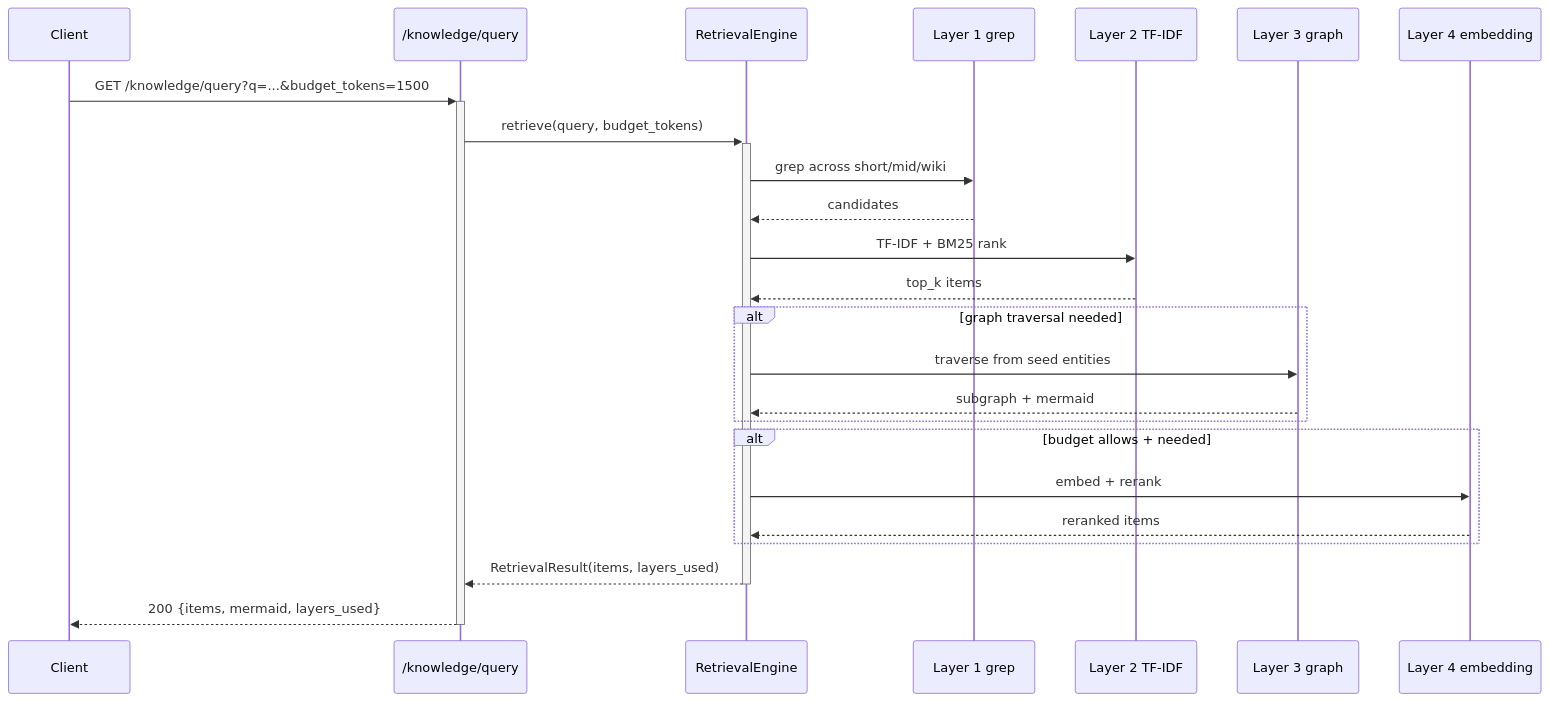
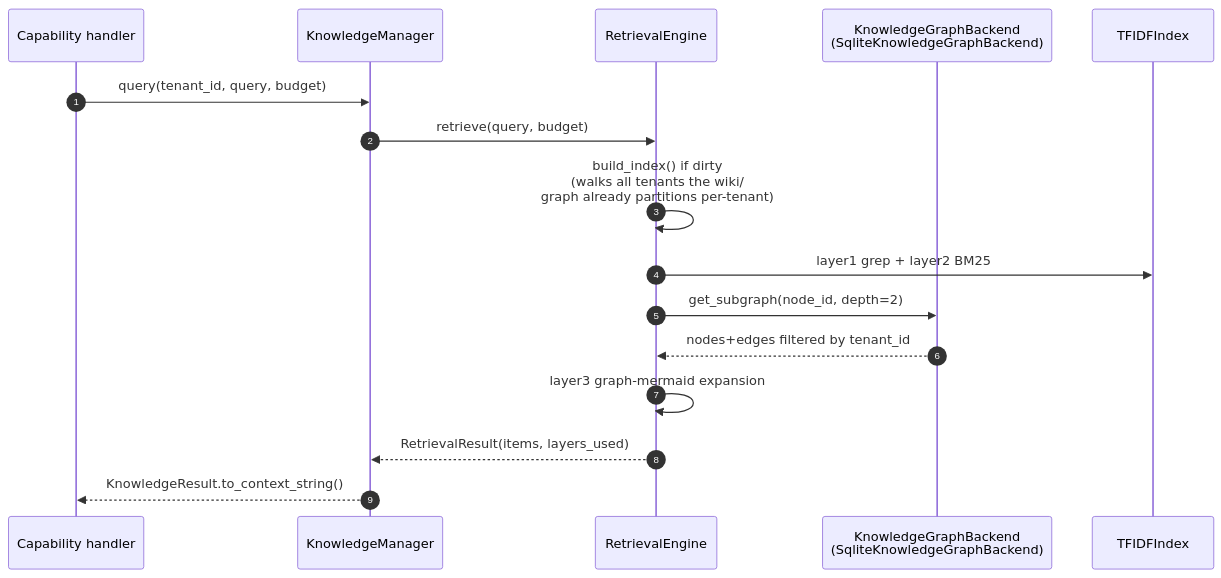
Before and after one commit to chaosxingxc-orion/hi-agent: the third of 3 diagrams in hi_agent/knowledge/ARCHITECTURE.md, drawn with Mermaid. The commit also changed other lines of this file and 25 other files, not shown here.

First line of the commit message:
[W35-corrective] Refresh ARCHITECTURE.md hierarchy + add missing READMEs

````diff
--- a/hi_agent/knowledge/ARCHITECTURE.md
+++ b/hi_agent/knowledge/ARCHITECTURE.md
@@ -141,27 +123,18 @@
 ```mermaid
 sequenceDiagram
-    participant Client as Client
-    participant Route as /knowledge/query
+    autonumber
+    participant Cap as Capability handler
+    participant KM as KnowledgeManager
     participant RE as RetrievalEngine
-    participant L1 as Layer 1 grep
-    participant L2 as Layer 2 TF-IDF
-    participant L3 as Layer 3 graph
-    participant L4 as Layer 4 embedding
-
-    Client->>+Route: GET /knowledge/query?q=...&budget_tokens=1500
-    Route->>+RE: retrieve(query, budget_tokens)
-    RE->>L1: grep across short/mid/wiki
-    L1-->>RE: candidates
-    RE->>L2: TF-IDF + BM25 rank
-    L2-->>RE: top_k items
-    alt graph traversal needed
-        RE->>L3: traverse from seed entities
-        L3-->>RE: subgraph + mermaid
-    end
-    alt budget allows + needed
-        RE->>L4: embed + rerank
-        L4-->>RE: reranked items
-    end
-    RE-->>-Route: RetrievalResult(items, layers_used)
-    Route-->>-Client: 200 {items, mermaid, layers_used}
+    participant KG as KnowledgeGraphBackend<br/>(SqliteKnowledgeGraphBackend)
+    participant TF as TFIDFIndex
+    Cap->>KM: query(tenant_id, query, budget)
+    KM->>RE: retrieve(query, budget)
+    RE->>RE: build_index() if dirty<br/>(walks all tenants the wiki/<br/>graph already partitions per-tenant)
+    RE->>TF: layer1 grep + layer2 BM25
+    RE->>KG: get_subgraph(node_id, depth=2)
+    KG-->>RE: nodes+edges filtered by tenant_id
+    RE->>RE: layer3 graph-mermaid expansion
+    RE-->>KM: RetrievalResult(items, layers_used)
+    KM-->>Cap: KnowledgeResult.to_context_string()
 ```
````
